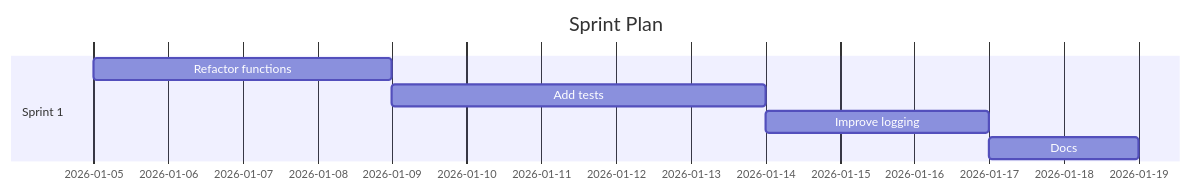
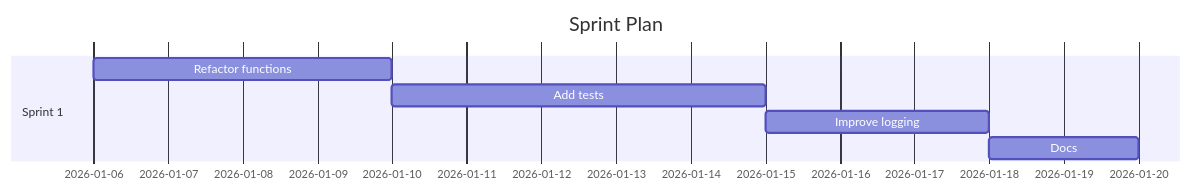
One commit to Anselmoo/mcp-ai-agent-guidelines changed the diagram in demos/demo-code-analysis.sprint.md. Above: the diagram before and after it, drawn with Mermaid. The commit also changed other lines of this file and 20 other files, not shown here.

````diff
--- a/demos/demo-code-analysis.sprint.md
+++ b/demos/demo-code-analysis.sprint.md
@@ -59,11 +59,11 @@
 ```mermaid
 gantt
 	dateFormat  YYYY-MM-DD
 	title Sprint Plan
 %% Accessibility: Title=Project Sprint Plan; Description=Gantt chart of sprints and tasks over time. %%
   section Sprint 1
-  Refactor functions :s1t0, 2026-01-05, 4d
-  Add tests :s1t1, 2026-01-09, 5d
-  Improve logging :s1t2, 2026-01-14, 3d
-  Docs :s1t3, 2026-01-17, 2d
+  Refactor functions :s1t0, 2026-01-06, 4d
+  Add tests :s1t1, 2026-01-10, 5d
+  Improve logging :s1t2, 2026-01-15, 3d
+  Docs :s1t3, 2026-01-18, 2d
 ```
````
